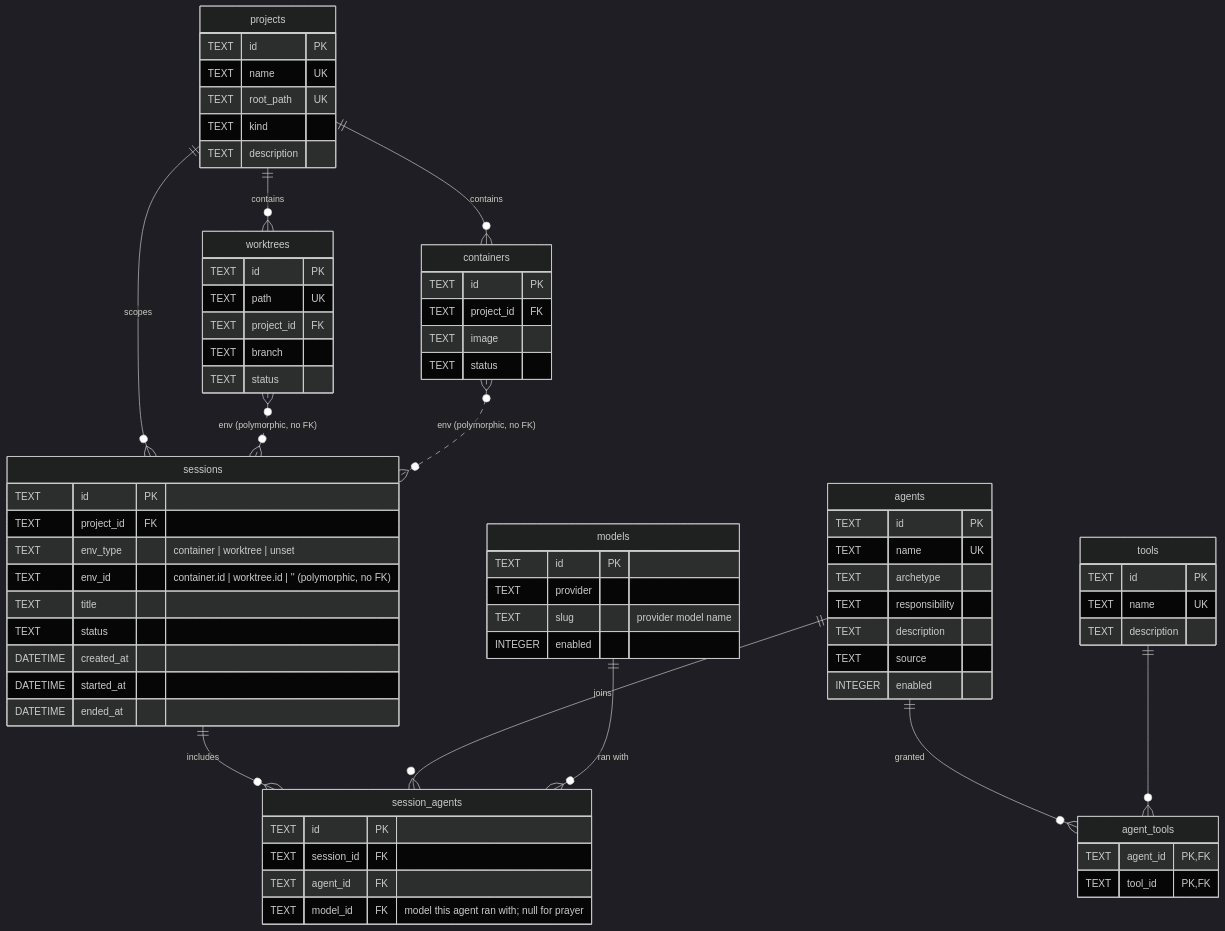
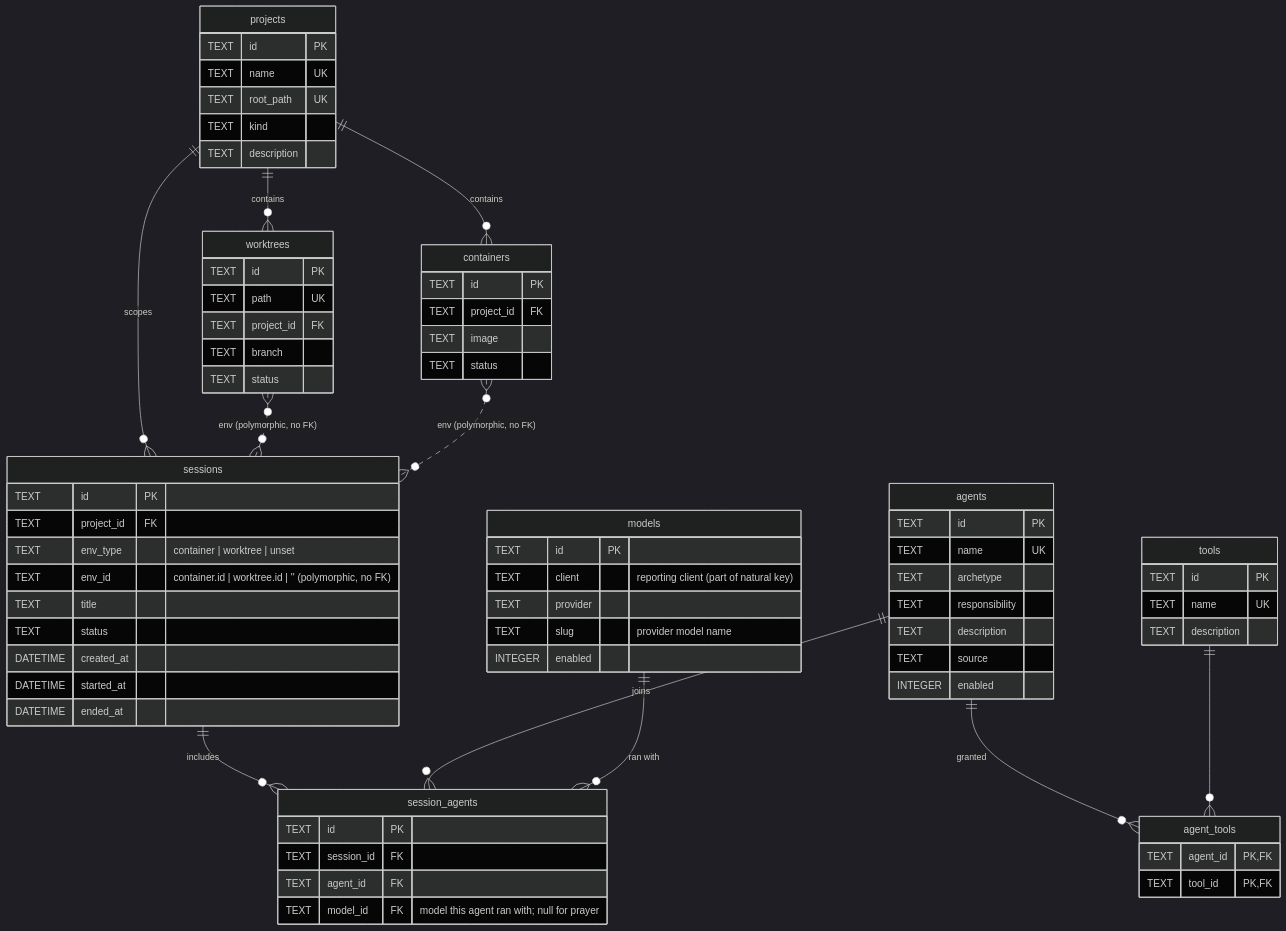
The diagram in docs/specs/harness-data-model.md (hieutran21198/cirius-harness), drawn with Mermaid (dark theme) before and after one commit. The commit also changed other lines of this file and 6 other files, not shown here.

````diff
--- a/docs/specs/harness-data-model.md
+++ b/docs/specs/harness-data-model.md
@@ -73,75 +75,76 @@
 ```mermaid
 erDiagram
     models {
         TEXT    id       PK
+        TEXT    client       "reporting client (part of natural key)"
         TEXT    provider
         TEXT    slug         "provider model name"
         INTEGER enabled
     }
     agents {
         TEXT    id    PK
         TEXT    name  UK
         TEXT    archetype
         TEXT    responsibility
         TEXT    description
         TEXT    source
         INTEGER enabled
     }
     tools {
         TEXT id   PK
         TEXT name UK
         TEXT description
     }
     agent_tools {
         TEXT agent_id PK,FK
         TEXT tool_id  PK,FK
     }
     projects {
         TEXT id        PK
         TEXT name      UK
         TEXT root_path UK
         TEXT kind
         TEXT description
     }
     containers {
         TEXT id         PK
         TEXT project_id FK
         TEXT image
         TEXT status
     }
     worktrees {
         TEXT id         PK
         TEXT path       UK
         TEXT project_id FK
         TEXT branch
         TEXT status
     }
     sessions {
         TEXT     id          PK
         TEXT     project_id  FK
         TEXT     env_type        "container | worktree | unset"
         TEXT     env_id          "container.id | worktree.id | '' (polymorphic, no FK)"
         TEXT     title
         TEXT     status
         DATETIME created_at
         DATETIME started_at
         DATETIME ended_at
     }
     session_agents {
         TEXT id         PK
         TEXT session_id FK
         TEXT agent_id   FK
         TEXT model_id   FK "model this agent ran with; null for prayer"
     }
 
     agents    ||--o{ agent_tools    : "granted"
     tools     ||--o{ agent_tools    : ""
     projects  ||--o{ containers     : "contains"
     projects  ||--o{ worktrees      : "contains"
     projects  ||--o{ sessions       : "scopes"
     sessions  ||--o{ session_agents : "includes"
     agents    ||--o{ session_agents : "joins"
     models    ||--o{ session_agents : "ran with"
     worktrees  }o..o{ sessions      : "env (polymorphic, no FK)"
     containers }o..o{ sessions      : "env (polymorphic, no FK)"
 ```
````
